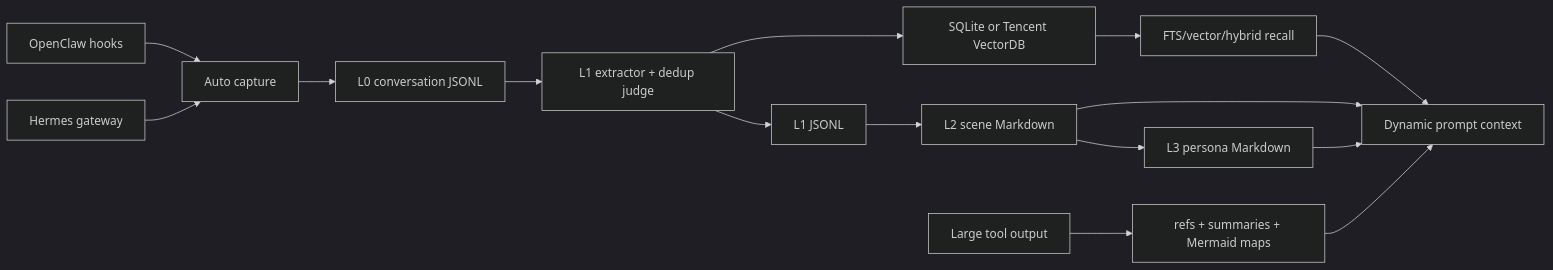
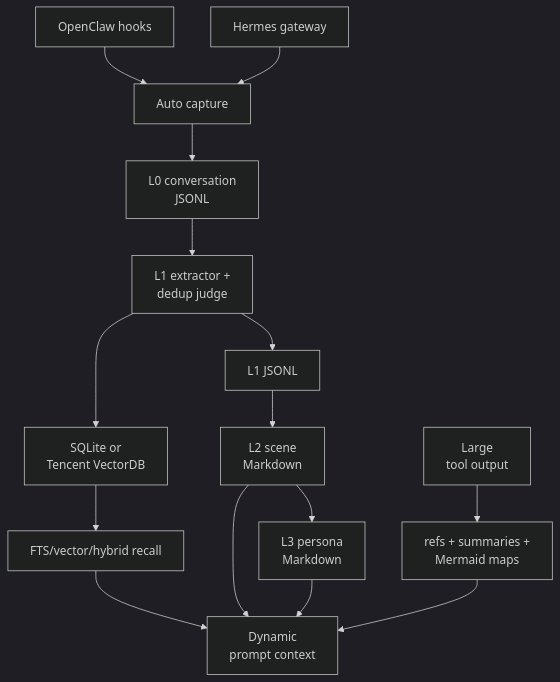
Before and after one commit to neoneye/agent-memory-atlas: the diagram in content/systems/tencentdb-agent-memory.md, drawn with Mermaid (dark theme). The commit also changed 99 other files, not shown here.

First line of the commit message:
Reshape the remaining 49 diagrams so their labels are legible

````diff
--- a/content/systems/tencentdb-agent-memory.md
+++ b/content/systems/tencentdb-agent-memory.md
@@ -83,17 +83,17 @@
 ```mermaid
-flowchart LR
+flowchart TD
   OpenClaw["OpenClaw hooks"] --> Capture["Auto capture"]
   Hermes["Hermes gateway"] --> Capture
-  Capture --> L0["L0 conversation JSONL"]
-  L0 --> Extract["L1 extractor + dedup judge"]
+  Capture --> L0["L0 conversation<br/>JSONL"]
+  L0 --> Extract["L1 extractor +<br/>dedup judge"]
   Extract --> JSONL["L1 JSONL"]
-  Extract --> Store["SQLite or Tencent VectorDB"]
+  Extract --> Store["SQLite or<br/>Tencent VectorDB"]
   Store --> Recall["FTS/vector/hybrid recall"]
-  JSONL --> Scene["L2 scene Markdown"]
-  Scene --> Persona["L3 persona Markdown"]
-  Recall --> Prompt["Dynamic prompt context"]
+  JSONL --> Scene["L2 scene<br/>Markdown"]
+  Scene --> Persona["L3 persona<br/>Markdown"]
+  Recall --> Prompt["Dynamic<br/>prompt context"]
   Scene --> Prompt
   Persona --> Prompt
-  Tools["Large tool output"] --> Offload["refs + summaries + Mermaid maps"]
+  Tools["Large<br/>tool output"] --> Offload["refs + summaries +<br/>Mermaid maps"]
   Offload --> Prompt
 ```
````
